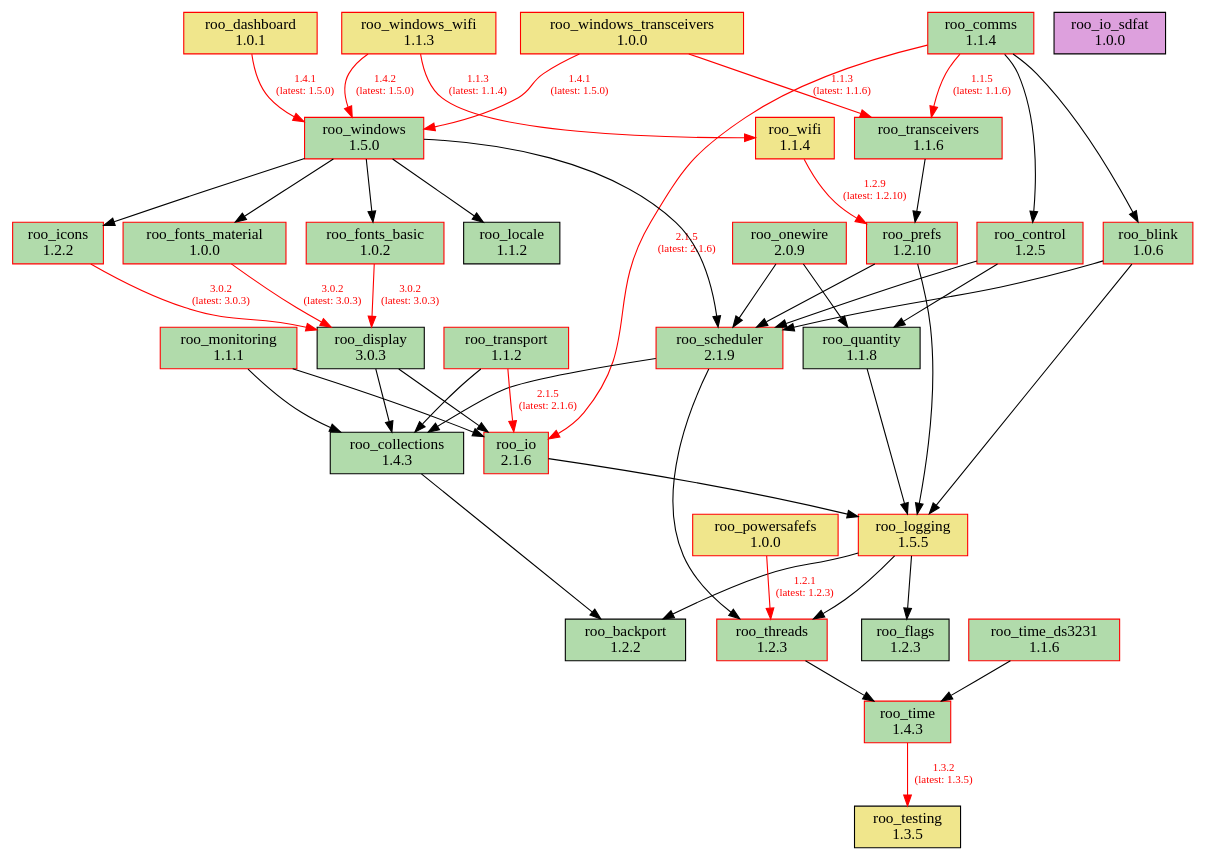
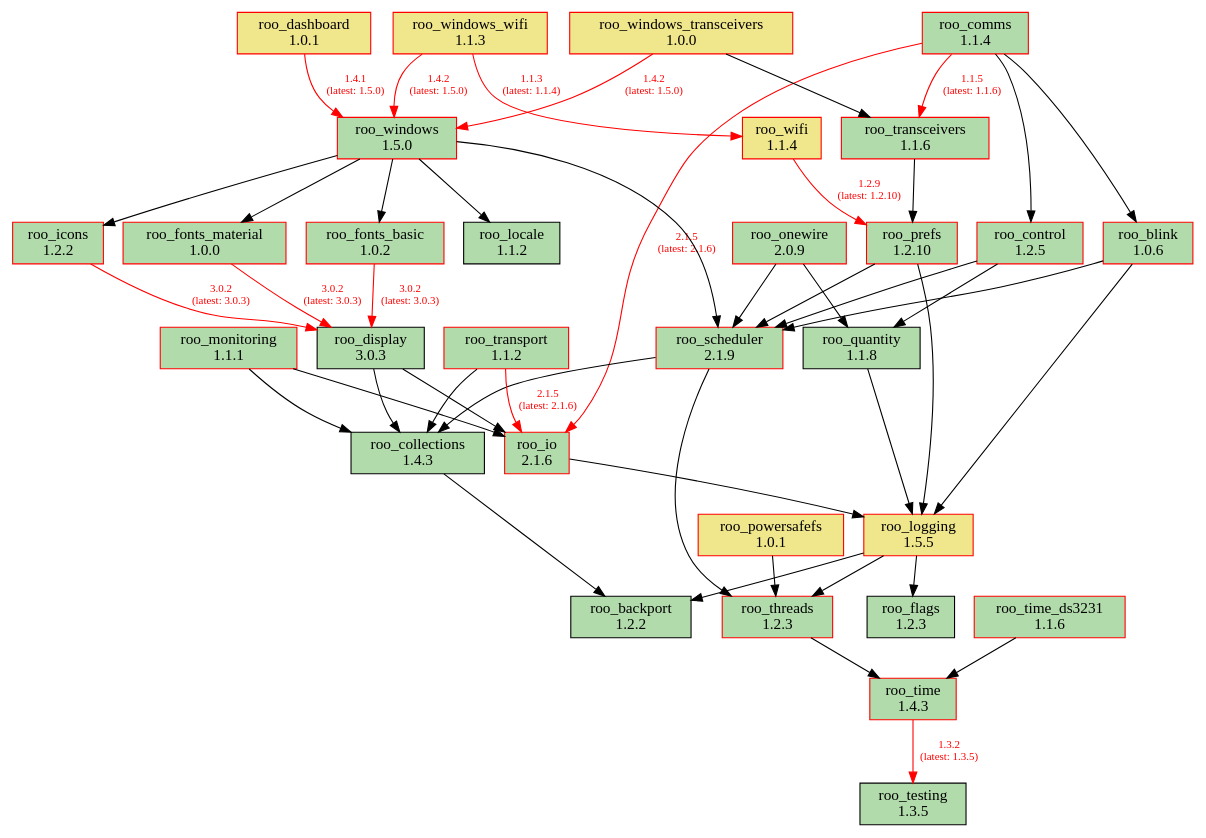
The diagram in doc/dependencies.dot (dejwk/roo-registry), drawn with Graphviz before and after one commit. The commit also changed 1 other file, not shown here.

Commit message:
Updated deps graph.

```diff
--- a/doc/dependencies.dot
+++ b/doc/dependencies.dot
@@ -1,85 +1,84 @@
 digraph dependencies {
     rankdir=TB;
     node [shape=box, style=filled];
     edge [fontsize=10];
 
     // Modules
     "roo_backport" [label="roo_backport\n1.2.2", fillcolor="#b1dbab", color="black"];
     "roo_blink" [label="roo_blink\n1.0.6", fillcolor="#b1dbab", color="red"];
     "roo_collections" [label="roo_collections\n1.4.3", fillcolor="#b1dbab", color="black"];
     "roo_comms" [label="roo_comms\n1.1.4", fillcolor="#b1dbab", color="red"];
     "roo_control" [label="roo_control\n1.2.5", fillcolor="#b1dbab", color="red"];
     "roo_dashboard" [label="roo_dashboard\n1.0.1", fillcolor="khaki", color="red"];
     "roo_display" [label="roo_display\n3.0.3", fillcolor="#b1dbab", color="black"];
     "roo_flags" [label="roo_flags\n1.2.3", fillcolor="#b1dbab", color="black"];
     "roo_fonts_basic" [label="roo_fonts_basic\n1.0.2", fillcolor="#b1dbab", color="red"];
     "roo_fonts_material" [label="roo_fonts_material\n1.0.0", fillcolor="#b1dbab", color="red"];
     "roo_icons" [label="roo_icons\n1.2.2", fillcolor="#b1dbab", color="red"];
     "roo_io" [label="roo_io\n2.1.6", fillcolor="#b1dbab", color="red"];
-    "roo_io_sdfat" [label="roo_io_sdfat\n1.0.0", fillcolor="plum", color="black"];
     "roo_locale" [label="roo_locale\n1.1.2", fillcolor="#b1dbab", color="black"];
     "roo_logging" [label="roo_logging\n1.5.5", fillcolor="khaki", color="red"];
     "roo_monitoring" [label="roo_monitoring\n1.1.1", fillcolor="#b1dbab", color="red"];
     "roo_onewire" [label="roo_onewire\n2.0.9", fillcolor="#b1dbab", color="red"];
-    "roo_powersafefs" [label="roo_powersafefs\n1.0.0", fillcolor="khaki", color="red"];
+    "roo_powersafefs" [label="roo_powersafefs\n1.0.1", fillcolor="khaki", color="red"];
     "roo_prefs" [label="roo_prefs\n1.2.10", fillcolor="#b1dbab", color="red"];
     "roo_quantity" [label="roo_quantity\n1.1.8", fillcolor="#b1dbab", color="black"];
     "roo_scheduler" [label="roo_scheduler\n2.1.9", fillcolor="#b1dbab", color="red"];
-    "roo_testing" [label="roo_testing\n1.3.5", fillcolor="khaki", color="black"];
+    "roo_testing" [label="roo_testing\n1.3.5", fillcolor="#b1dbab", color="black"];
     "roo_threads" [label="roo_threads\n1.2.3", fillcolor="#b1dbab", color="red"];
     "roo_time" [label="roo_time\n1.4.3", fillcolor="#b1dbab", color="red"];
     "roo_time_ds3231" [label="roo_time_ds3231\n1.1.6", fillcolor="#b1dbab", color="red"];
     "roo_transceivers" [label="roo_transceivers\n1.1.6", fillcolor="#b1dbab", color="red"];
     "roo_transport" [label="roo_transport\n1.1.2", fillcolor="#b1dbab", color="red"];
     "roo_wifi" [label="roo_wifi\n1.1.4", fillcolor="khaki", color="red"];
     "roo_windows" [label="roo_windows\n1.5.0", fillcolor="#b1dbab", color="red"];
     "roo_windows_transceivers" [label="roo_windows_transceivers\n1.0.0", fillcolor="khaki", color="red"];
     "roo_windows_wifi" [label="roo_windows_wifi\n1.1.3", fillcolor="khaki", color="red"];
 
     // Dependencies
     "roo_blink" -> "roo_logging";
     "roo_blink" -> "roo_scheduler";
     "roo_collections" -> "roo_backport";
     "roo_comms" -> "roo_blink";
     "roo_comms" -> "roo_control";
     "roo_comms" -> "roo_io" [color=red, fontcolor=red, label="2.1.5\n(latest: 2.1.6)"];
     "roo_comms" -> "roo_transceivers" [color=red, fontcolor=red, label="1.1.5\n(latest: 1.1.6)"];
     "roo_control" -> "roo_quantity";
     "roo_control" -> "roo_scheduler";
     "roo_dashboard" -> "roo_windows" [color=red, fontcolor=red, label="1.4.1\n(latest: 1.5.0)"];
     "roo_display" -> "roo_collections";
     "roo_display" -> "roo_io";
     "roo_fonts_basic" -> "roo_display" [color=red, fontcolor=red, label="3.0.2\n(latest: 3.0.3)"];
     "roo_fonts_material" -> "roo_display" [color=red, fontcolor=red, label="3.0.2\n(latest: 3.0.3)"];
     "roo_icons" -> "roo_display" [color=red, fontcolor=red, label="3.0.2\n(latest: 3.0.3)"];
     "roo_io" -> "roo_logging";
     "roo_logging" -> "roo_backport";
     "roo_logging" -> "roo_flags";
     "roo_logging" -> "roo_threads";
     "roo_monitoring" -> "roo_collections";
     "roo_monitoring" -> "roo_io";
     "roo_onewire" -> "roo_scheduler";
     "roo_onewire" -> "roo_quantity";
-    "roo_powersafefs" -> "roo_threads" [color=red, fontcolor=red, label="1.2.1\n(latest: 1.2.3)"];
+    "roo_powersafefs" -> "roo_threads";
     "roo_prefs" -> "roo_logging";
     "roo_prefs" -> "roo_scheduler";
     "roo_quantity" -> "roo_logging";
     "roo_scheduler" -> "roo_collections";
     "roo_scheduler" -> "roo_threads";
     "roo_threads" -> "roo_time";
     "roo_time" -> "roo_testing" [color=red, fontcolor=red, label="1.3.2\n(latest: 1.3.5)"];
     "roo_time_ds3231" -> "roo_time";
     "roo_transceivers" -> "roo_prefs";
     "roo_transport" -> "roo_collections";
     "roo_transport" -> "roo_io" [color=red, fontcolor=red, label="2.1.5\n(latest: 2.1.6)"];
     "roo_wifi" -> "roo_prefs" [color=red, fontcolor=red, label="1.2.9\n(latest: 1.2.10)"];
     "roo_windows" -> "roo_fonts_basic";
     "roo_windows" -> "roo_fonts_material";
     "roo_windows" -> "roo_locale";
     "roo_windows" -> "roo_icons";
     "roo_windows" -> "roo_scheduler";
-    "roo_windows_transceivers" -> "roo_transceivers" [color=red, fontcolor=red, label="1.1.3\n(latest: 1.1.6)"];
-    "roo_windows_transceivers" -> "roo_windows" [color=red, fontcolor=red, label="1.4.1\n(latest: 1.5.0)"];
+    "roo_windows_transceivers" -> "roo_transceivers";
+    "roo_windows_transceivers" -> "roo_windows" [color=red, fontcolor=red, label="1.4.2\n(latest: 1.5.0)"];
     "roo_windows_wifi" -> "roo_wifi" [color=red, fontcolor=red, label="1.1.3\n(latest: 1.1.4)"];
     "roo_windows_wifi" -> "roo_windows" [color=red, fontcolor=red, label="1.4.2\n(latest: 1.5.0)"];
 }
```
